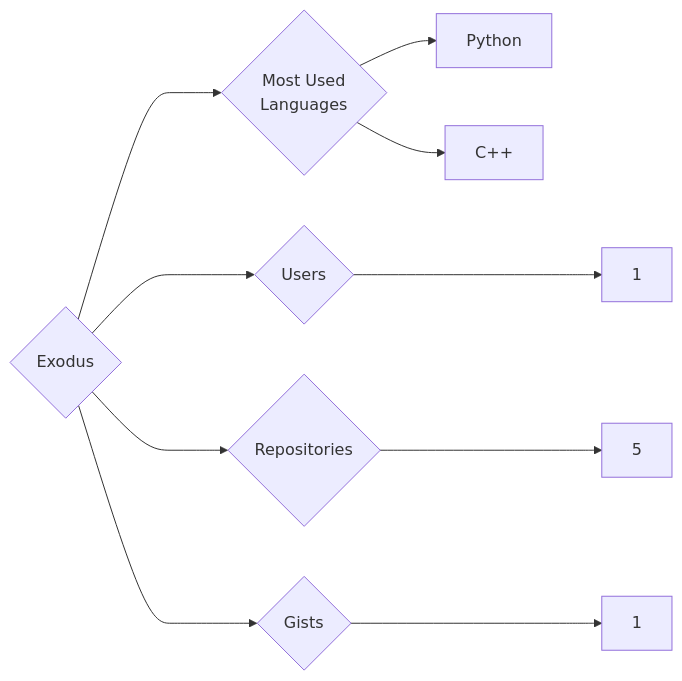
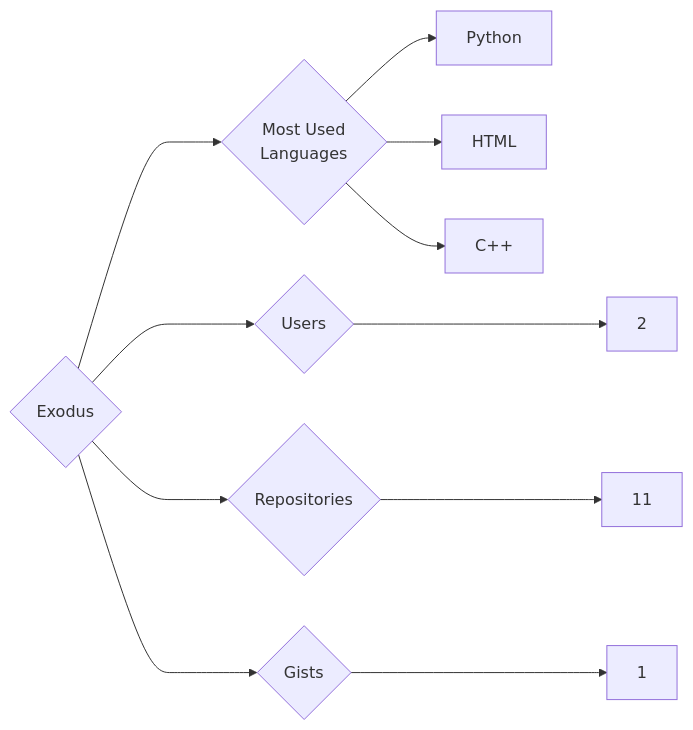
Before and after one commit to trickest/insiders: the diagram in targets/Exodus/README.md, drawn with Mermaid. The commit also changed 1055 other files, not shown here.

````diff
--- a/targets/Exodus/README.md
+++ b/targets/Exodus/README.md
@@ -3,10 +3,11 @@
 ```mermaid
 graph LR
 COMPANY_NAME{Exodus}
-COMPANY_NAME ---> U{Users} ---> UN[1]
-COMPANY_NAME ---> R{Repositories} ---> RN[5]
+COMPANY_NAME ---> U{Users} ---> UN[2]
+COMPANY_NAME ---> R{Repositories} ---> RN[11]
 COMPANY_NAME ---> G{Gists} ---> GN[1]
 COMPANY_NAME ---> ML{Most Used<br>Languages}
 ML --> Python[Python]
+ML --> HTML[HTML]
 ML --> C++[C++]
 ```
````
